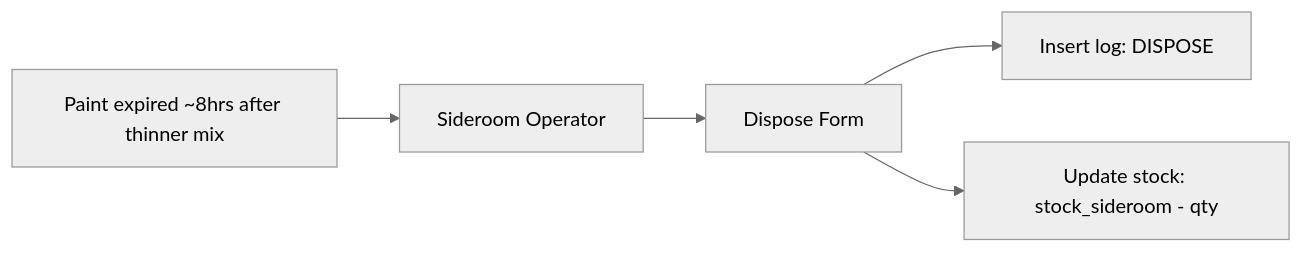
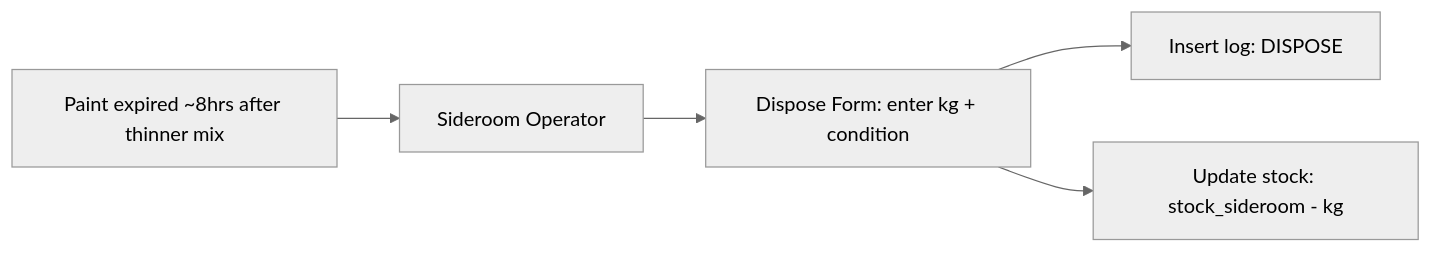
One commit to itsankeikid-dot/PaintManagementStock changed the fifth of 5 diagrams in docs/ARCHITECTURE.md. Above: the diagram before and after it, drawn with Mermaid (neutral theme). The commit also changed other lines of this file and 43 other files, not shown here.

````diff
--- a/docs/ARCHITECTURE.md
+++ b/docs/ARCHITECTURE.md
@@ -96,7 +107,7 @@
 ```mermaid
 graph LR
     A[Paint expired ~8hrs after thinner mix] --> B[Sideroom Operator]
-    B --> C[Dispose Form]
+    B --> C[Dispose Form: enter kg + condition]
     C --> D[Insert log: DISPOSE]
-    C --> E[Update stock: stock_sideroom - qty]
+    C --> E[Update stock: stock_sideroom - kg]
 ```
````
